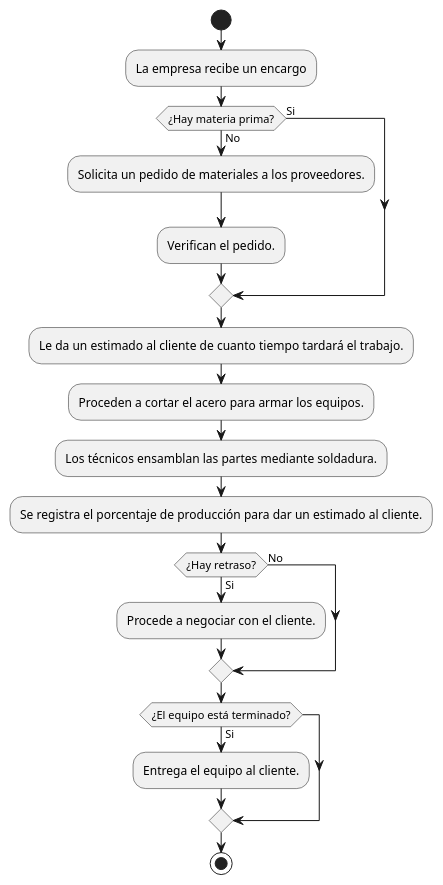
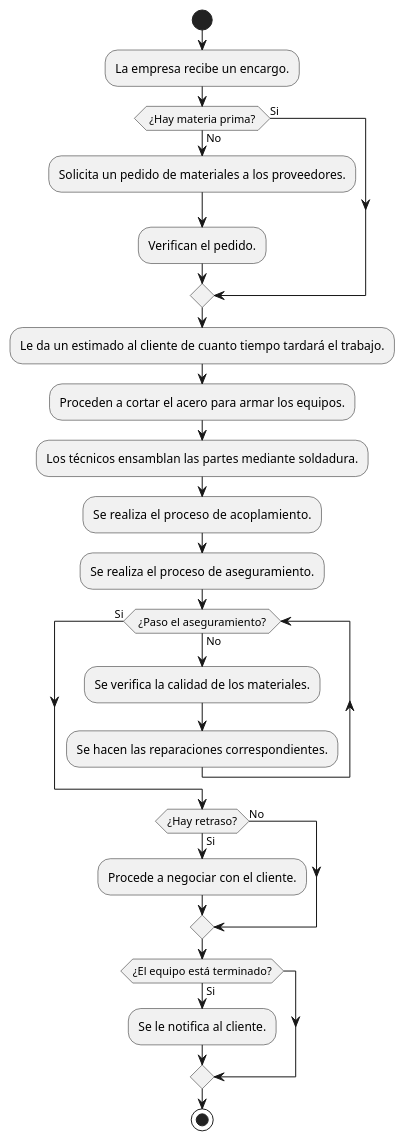
The diagram in procesoProduccion.puml (ByJuanRod/Logica-de-Negocios), drawn with PlantUML before and after one commit. The commit also changed 3 other files, not shown here.

```diff
--- a/procesoProduccion.puml
+++ b/procesoProduccion.puml
@@ -1,27 +1,33 @@
 @startuml
 'https://plantuml.com/activity-diagram-beta
 
 start
-:La empresa recibe un encargo;
-if (¿Hay materia prima?) then (Si)
+:La empresa recibe un encargo.;
+if ( ¿Hay materia prima? ) then (Si)
 
 else(No)
     :Solicita un pedido de materiales a los proveedores.;
     :Verifican el pedido.;
 
 endif
-
     :Le da un estimado al cliente de cuanto tiempo tardará el trabajo.;
     :Proceden a cortar el acero para armar los equipos.;
     :Los técnicos ensamblan las partes mediante soldadura.;
-    :Se registra el porcentaje de producción para dar un estimado al cliente.;
+    :Se realiza  el proceso de acoplamiento.;
+    :Se realiza el proceso de aseguramiento.;
+
+    while( ¿Paso el aseguramiento? ) is (No)
+        :Se verifica la calidad de los materiales.;
+        :Se hacen las reparaciones correspondientes.;
+    endwhile (Si)
+
 if(¿Hay retraso?) then(Si)
     :Procede a negociar con el cliente.;
 else(No)
 endif
 if(¿El equipo está terminado?) then(Si)
-    :Entrega el equipo al cliente.;
+    :Se le notifica al cliente.;
 endif
 stop
 
 @enduml
```
